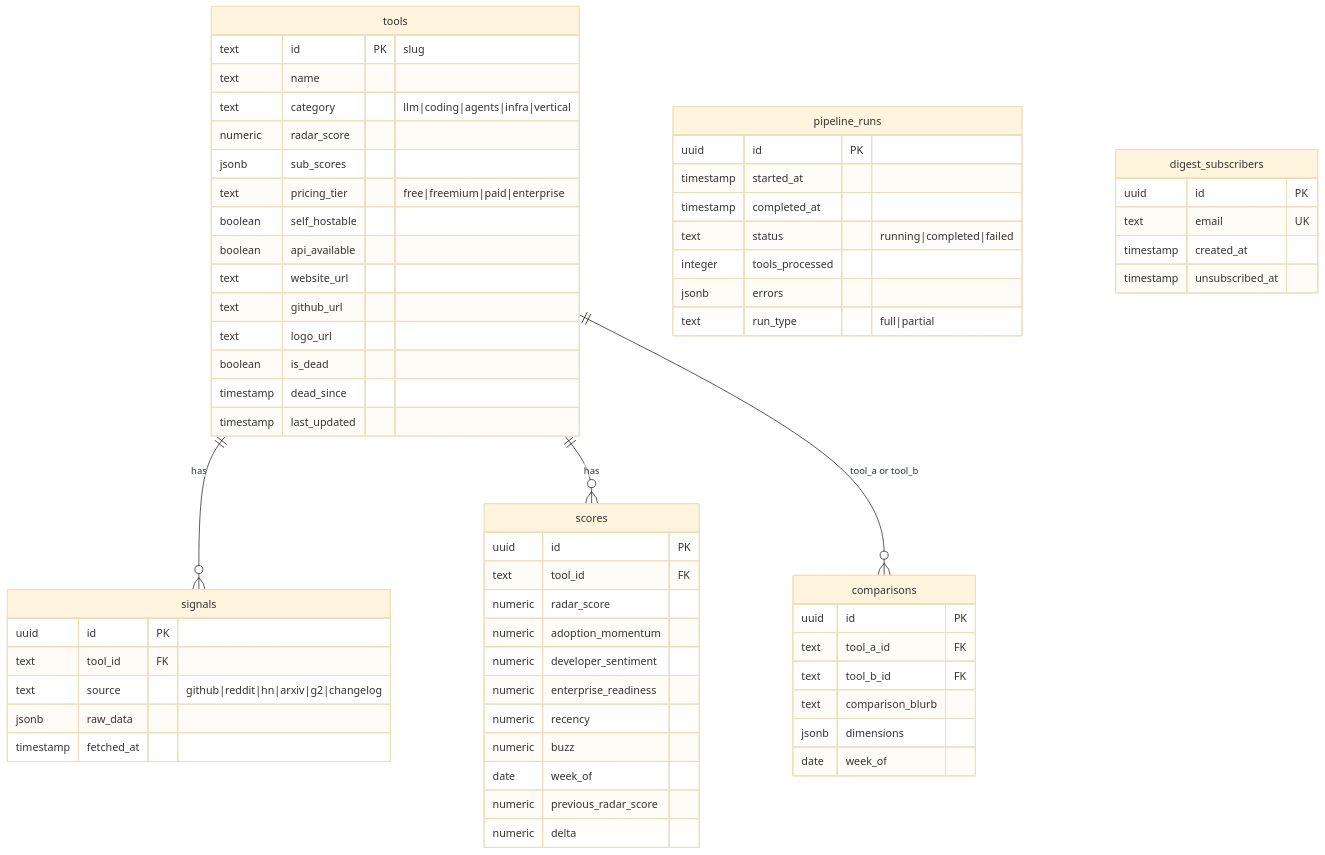
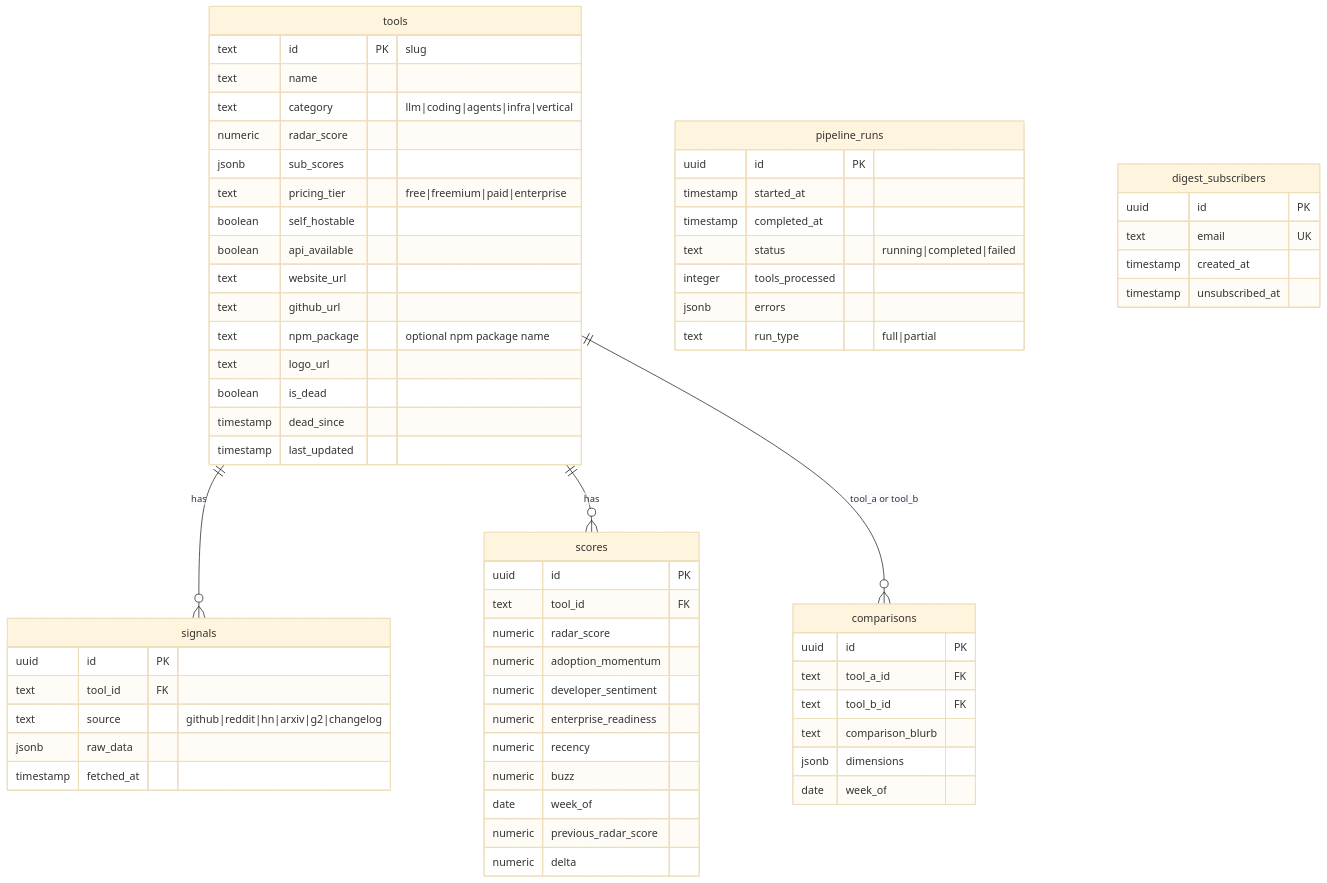
The second of 2 diagrams in ARCHITECTURE.md (smithdavedesign/AI-Trend-Tracker), drawn with Mermaid (base theme) before and after one commit. The commit also changed other lines of this file and 42 other files, not shown here.

````diff
--- a/ARCHITECTURE.md
+++ b/ARCHITECTURE.md
@@ -169,71 +181,72 @@
 ```mermaid
 erDiagram
     tools ||--o{ signals : has
     tools ||--o{ scores : has
     tools ||--o{ comparisons : "tool_a or tool_b"
     
     tools {
         text id PK "slug"
         text name
         text category "llm|coding|agents|infra|vertical"
         numeric radar_score
         jsonb sub_scores
         text pricing_tier "free|freemium|paid|enterprise"
         boolean self_hostable
         boolean api_available
         text website_url
         text github_url
+        text npm_package "optional npm package name"
         text logo_url
         boolean is_dead
         timestamp dead_since
         timestamp last_updated
     }
 
     signals {
         uuid id PK
         text tool_id FK
         text source "github|reddit|hn|arxiv|g2|changelog"
         jsonb raw_data
         timestamp fetched_at
     }
 
     scores {
         uuid id PK
         text tool_id FK
         numeric radar_score
         numeric adoption_momentum
         numeric developer_sentiment
         numeric enterprise_readiness
         numeric recency
         numeric buzz
         date week_of
         numeric previous_radar_score
         numeric delta
     }
 
     comparisons {
         uuid id PK
         text tool_a_id FK
         text tool_b_id FK
         text comparison_blurb
         jsonb dimensions
         date week_of
     }
 
     pipeline_runs {
         uuid id PK
         timestamp started_at
         timestamp completed_at
         text status "running|completed|failed"
         integer tools_processed
         jsonb errors
         text run_type "full|partial"
     }
 
     digest_subscribers {
         uuid id PK
         text email UK
         timestamp created_at
         timestamp unsubscribed_at
     }
 ```
````
